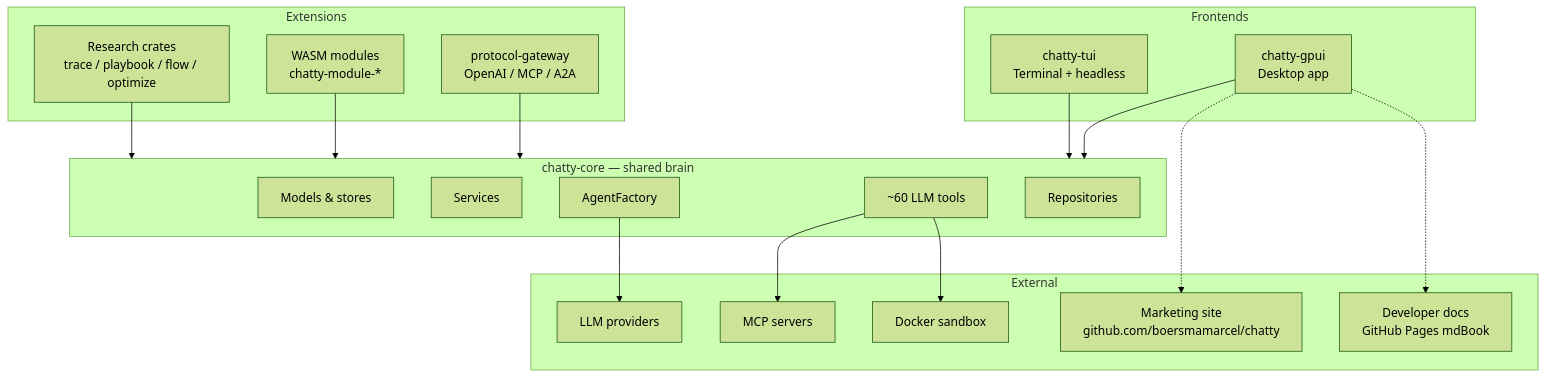
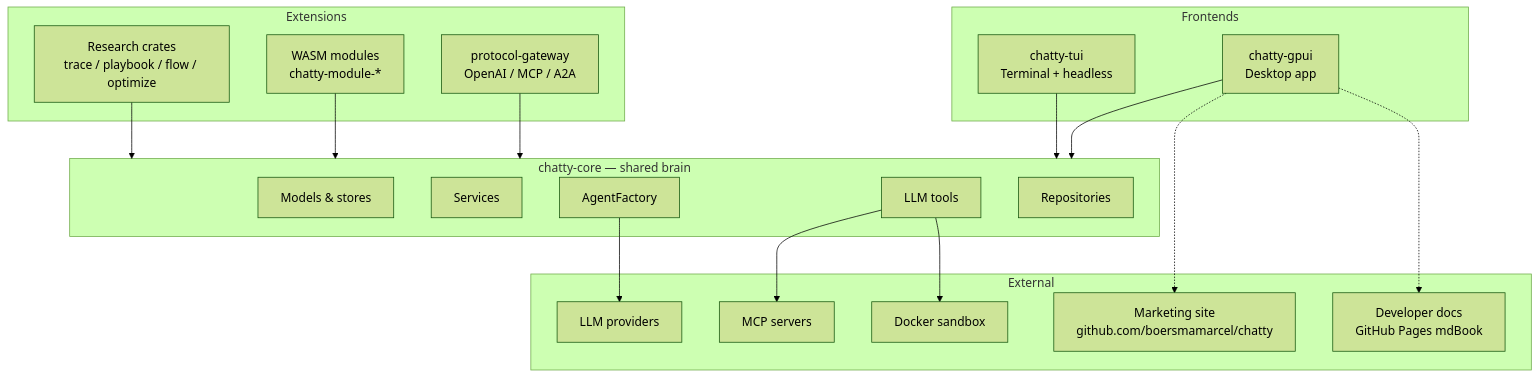
The first of 2 diagrams in docs/system-overview.md (boersmamarcel/chatty2), drawn with Mermaid (forest theme) before and after one commit. The commit also changed other lines of this file and 12 other files, not shown here.

First line of the commit message:
Merge the architecture cluster and sweep stale facts from explanation pages

````diff
--- a/docs/system-overview.md
+++ b/docs/system-overview.md
@@ -12,40 +12,40 @@
 ```mermaid
 flowchart TB
   subgraph frontends [Frontends]
     GPUI["chatty-gpui<br/>Desktop app"]
     TUI["chatty-tui<br/>Terminal + headless"]
   end
 
   subgraph core [chatty-core — shared brain]
     Models["Models & stores"]
     Services["Services"]
-    Tools["~60 LLM tools"]
+    Tools["LLM tools"]
     Factories["AgentFactory"]
     Repos["Repositories"]
   end
 
   subgraph extensions [Extensions]
     WASM["WASM modules<br/>chatty-module-*"]
     Gateway["protocol-gateway<br/>OpenAI / MCP / A2A"]
     Research["Research crates<br/>trace / playbook / flow / optimize"]
   end
 
   subgraph external [External]
     LLM["LLM providers"]
     MCP["MCP servers"]
     Docker["Docker sandbox"]
     Marketing["Marketing site<br/>github.com/boersmamarcel/chatty"]
     Docs["Developer docs<br/>GitHub Pages mdBook"]
   end
 
   GPUI --> core
   TUI --> core
   Gateway --> core
   WASM --> core
   Research --> core
   Factories --> LLM
   Tools --> MCP
   Tools --> Docker
   GPUI -.-> Marketing
   GPUI -.-> Docs
 ```
````
